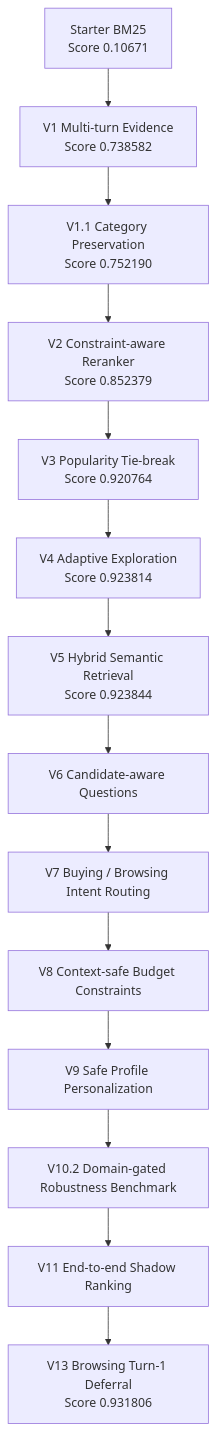
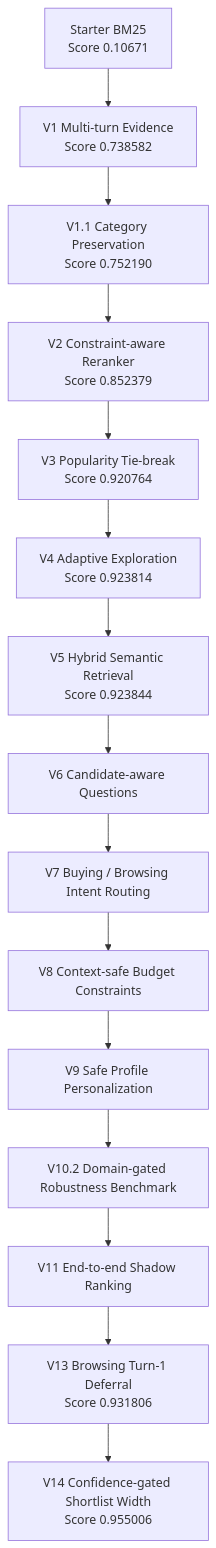
One commit to rishu1903/larpers-go-shopping changed the fourth of 5 diagrams in README.md. Above: the diagram before and after it, drawn with Mermaid. The commit also changed other lines of this file, not shown here.

First line of the commit message:
docs: document V14 confidence-gated shortlist width in README

````diff
--- a/README.md
+++ b/README.md
@@ -146,32 +146,34 @@
 ```mermaid
 flowchart TD
     V0[Starter BM25<br/>Score 0.10671]
 
     V1[V1 Multi-turn Evidence<br/>Score 0.738582]
 
     V11[V1.1 Category Preservation<br/>Score 0.752190]
 
     V2[V2 Constraint-aware Reranker<br/>Score 0.852379]
 
     V3[V3 Popularity Tie-break<br/>Score 0.920764]
 
     V4[V4 Adaptive Exploration<br/>Score 0.923814]
 
     V5[V5 Hybrid Semantic Retrieval<br/>Score 0.923844]
 
     V6[V6 Candidate-aware Questions]
 
     V7[V7 Buying / Browsing Intent Routing]
 
     V8[V8 Context-safe Budget Constraints]
 
     V9[V9 Safe Profile Personalization]
 
     V10[V10.2 Domain-gated Robustness Benchmark]
 
     V11E[V11 End-to-end Shadow Ranking]
 
     V13[V13 Browsing Turn-1 Deferral<br/>Score 0.931806]
 
-    V0 --> V1 --> V11 --> V2 --> V3 --> V4 --> V5 --> V6 --> V7 --> V8 --> V9 --> V10 --> V11E --> V13
+    V14[V14 Confidence-gated Shortlist Width<br/>Score 0.955006]
+
+    V0 --> V1 --> V11 --> V2 --> V3 --> V4 --> V5 --> V6 --> V7 --> V8 --> V9 --> V10 --> V11E --> V13 --> V14
 ```
````
